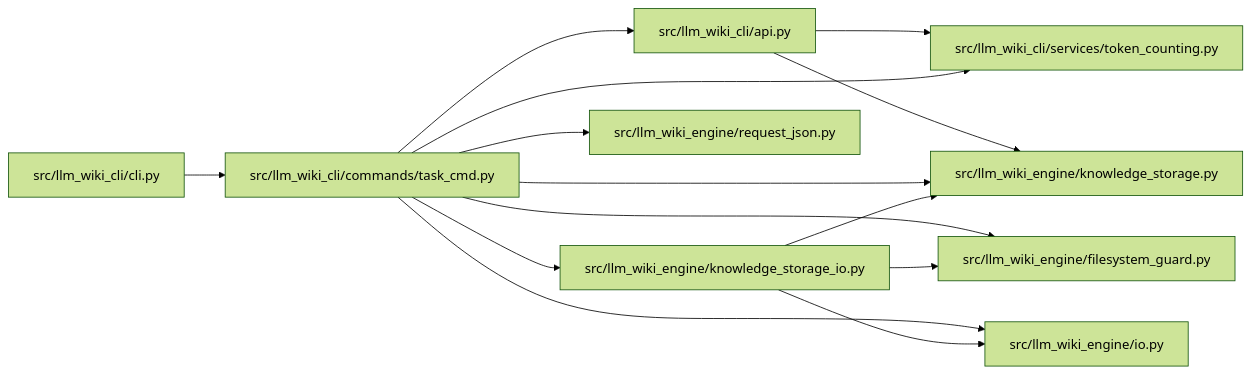
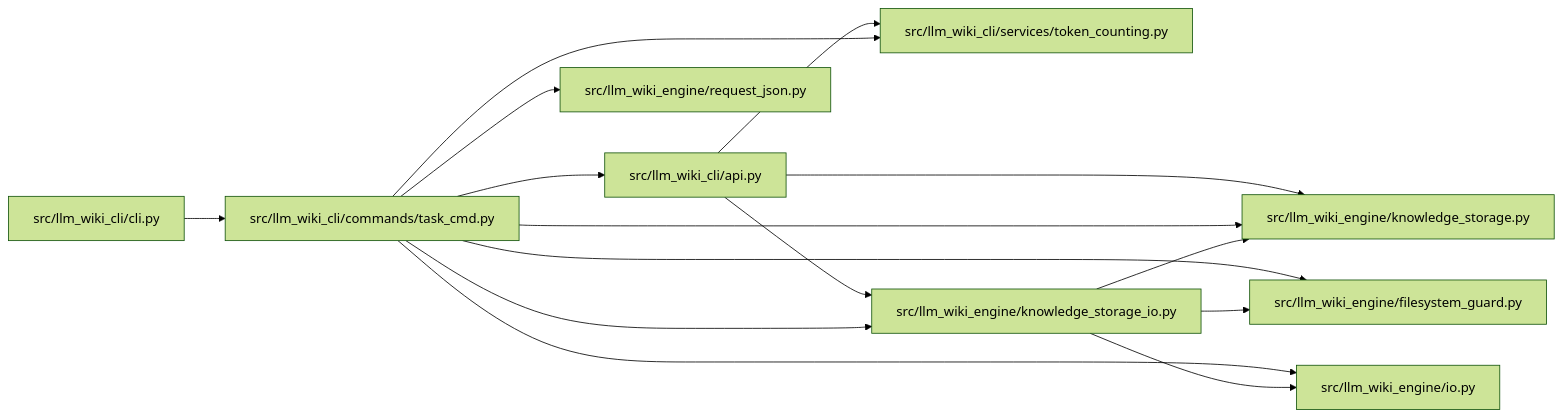
The diagram in docs/llm_wiki/modules/task_cmd.md (Denissvgn/python-wiki-llm), drawn with Mermaid (forest theme) before and after one commit. The commit also changed 575 other files, not shown here.

````diff
--- a/docs/llm_wiki/modules/task_cmd.md
+++ b/docs/llm_wiki/modules/task_cmd.md
@@ -28,34 +28,35 @@
 ```mermaid
 flowchart LR
     n0["src/llm_wiki_cli/api.py"]
     n1["src/llm_wiki_cli/cli.py"]
     n2["src/llm_wiki_cli/commands/task_cmd.py"]
     n3["src/llm_wiki_cli/services/token_counting.py"]
     n4["src/llm_wiki_engine/filesystem_guard.py"]
     n5["src/llm_wiki_engine/io.py"]
     n6["src/llm_wiki_engine/knowledge_storage.py"]
     n7["src/llm_wiki_engine/knowledge_storage_io.py"]
     n8["src/llm_wiki_engine/request_json.py"]
     n0 --> n3
     n0 --> n6
+    n0 --> n7
     n1 --> n2
     n2 --> n0
     n2 --> n3
     n2 --> n4
     n2 --> n5
     n2 --> n6
     n2 --> n7
     n2 --> n8
     n7 --> n4
     n7 --> n5
     n7 --> n6
     click n0 "../modules/api.md"
     click n1 "../modules/cli.md"
     click n2 "../modules/task_cmd.md"
     click n3 "../modules/token_counting.md"
     click n4 "../modules/filesystem_guard.md"
     click n5 "../modules/io.md"
     click n6 "../modules/knowledge_storage.md"
     click n7 "../modules/knowledge_storage_io.md"
     click n8 "../modules/request_json.md"
 ```
````
